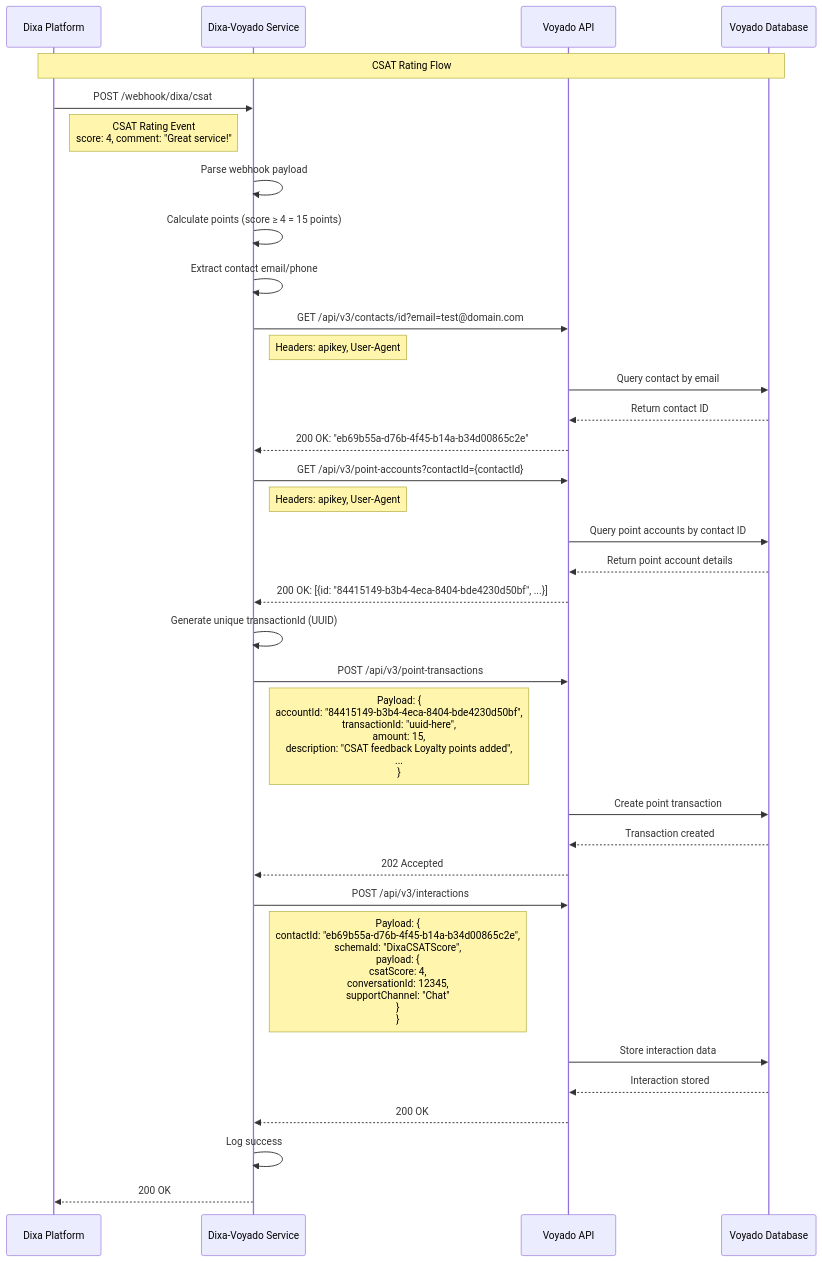
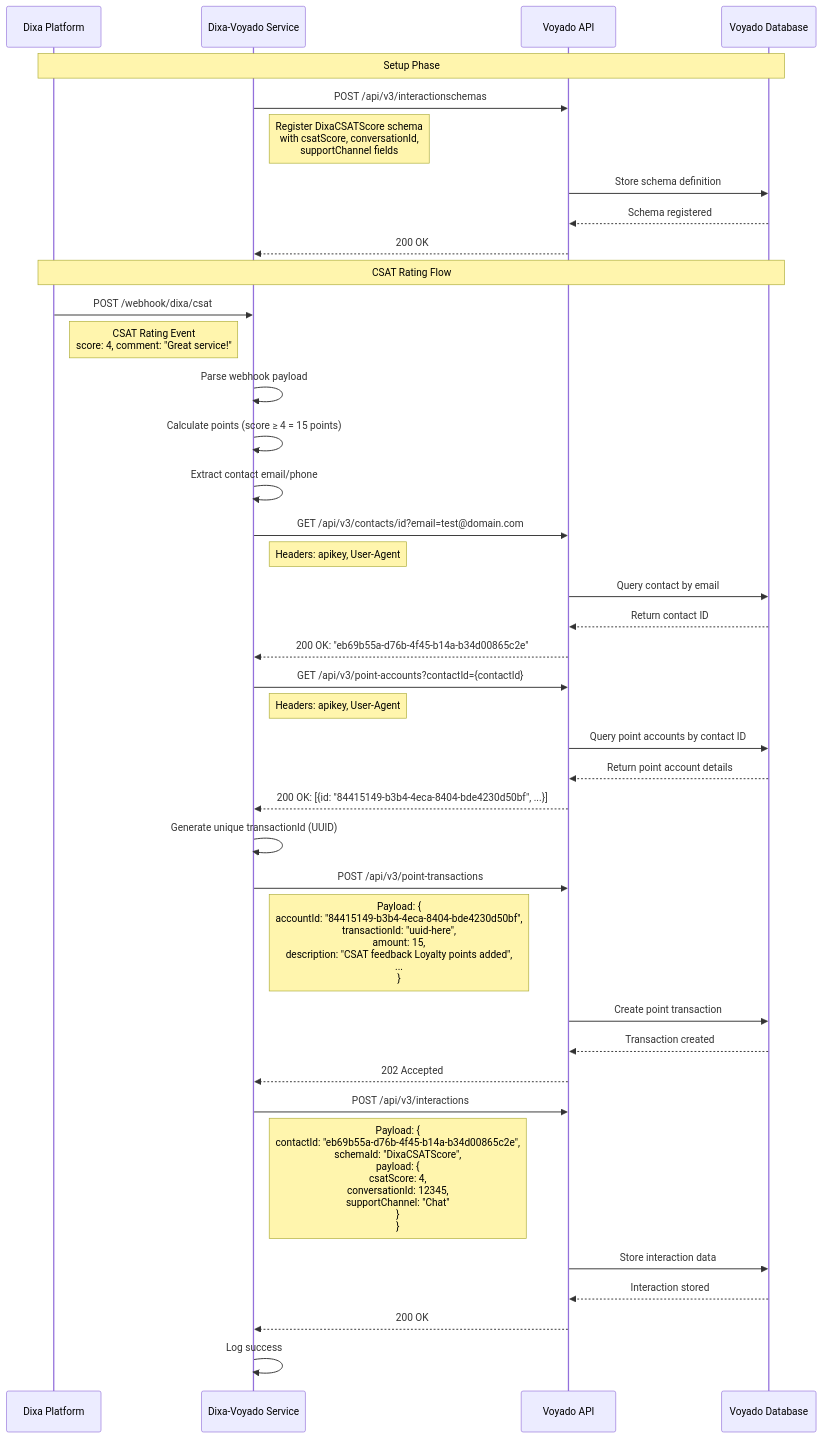
One commit to Dixa-public/dixa-voyado-service changed the diagram in README.md. Above: the diagram before and after it, drawn with Mermaid. The commit also changed other lines of this file, not shown here.

Commit message:
chore(readme): add schema description

````diff
--- a/README.md
+++ b/README.md
@@ -64,51 +64,59 @@
 ```mermaid
 sequenceDiagram
     participant Dixa as Dixa Platform
     participant Service as Dixa-Voyado Service
     participant Voyado as Voyado API
     participant DB as Voyado Database
+
+    Note over Dixa,DB: Setup Phase
+
+    %% Step 0: Schema Registration
+    Service->>Voyado: POST /api/v3/interactionschemas
+    Note right of Service: Register DixaCSATScore schema<br/>with csatScore, conversationId,<br/>supportChannel fields
+    Voyado->>DB: Store schema definition
+    DB-->>Voyado: Schema registered
+    Voyado-->>Service: 200 OK
 
     Note over Dixa,DB: CSAT Rating Flow
 
     %% Step 1: Dixa sends CSAT webhook
     Dixa->>Service: POST /webhook/dixa/csat
     Note right of Dixa: CSAT Rating Event<br/>score: 4, comment: "Great service!"
 
     %% Step 2: Service processes webhook
     Service->>Service: Parse webhook payload
     Service->>Service: Calculate points (score ≥ 4 = 15 points)
     Service->>Service: Extract contact email/phone
 
     %% Step 3: Lookup contact ID in Voyado
     Service->>Voyado: GET /api/v3/contacts/id?email=test@domain.com
     Note right of Service: Headers: apikey, User-Agent
     Voyado->>DB: Query contact by email
     DB-->>Voyado: Return contact ID
     Voyado-->>Service: 200 OK: "eb69b55a-d76b-4f45-b14a-b34d00865c2e"
 
     %% Step 4: Get point account ID
     Service->>Voyado: GET /api/v3/point-accounts?contactId={contactId}
     Note right of Service: Headers: apikey, User-Agent
     Voyado->>DB: Query point accounts by contact ID
     DB-->>Voyado: Return point account details
     Voyado-->>Service: 200 OK: [{id: "84415149-b3b4-4eca-8404-bde4230d50bf", ...}]
 
     %% Step 5: Add points to Voyado
     Service->>Service: Generate unique transactionId (UUID)
     Service->>Voyado: POST /api/v3/point-transactions
     Note right of Service: Payload: {<br/>  accountId: "84415149-b3b4-4eca-8404-bde4230d50bf",<br/>  transactionId: "uuid-here",<br/>  amount: 15,<br/>  description: "CSAT feedback Loyalty points added",<br/>  ...<br/>}
     Voyado->>DB: Create point transaction
     DB-->>Voyado: Transaction created
     Voyado-->>Service: 202 Accepted
 
     %% Step 6: Store CSAT interaction data
     Service->>Voyado: POST /api/v3/interactions
     Note right of Service: Payload: {<br/>  contactId: "eb69b55a-d76b-4f45-b14a-b34d00865c2e",<br/>  schemaId: "DixaCSATScore",<br/>  payload: {<br/>    csatScore: 4,<br/>    conversationId: 12345,<br/>    supportChannel: "Chat"<br/>  }<br/>}
     Voyado->>DB: Store interaction data
     DB-->>Voyado: Interaction stored
     Voyado-->>Service: 200 OK
 
     %% Step 7: Service confirms success
     Service->>Service: Log success
-    Service-->>Dixa: 200 OK
 ```
````
